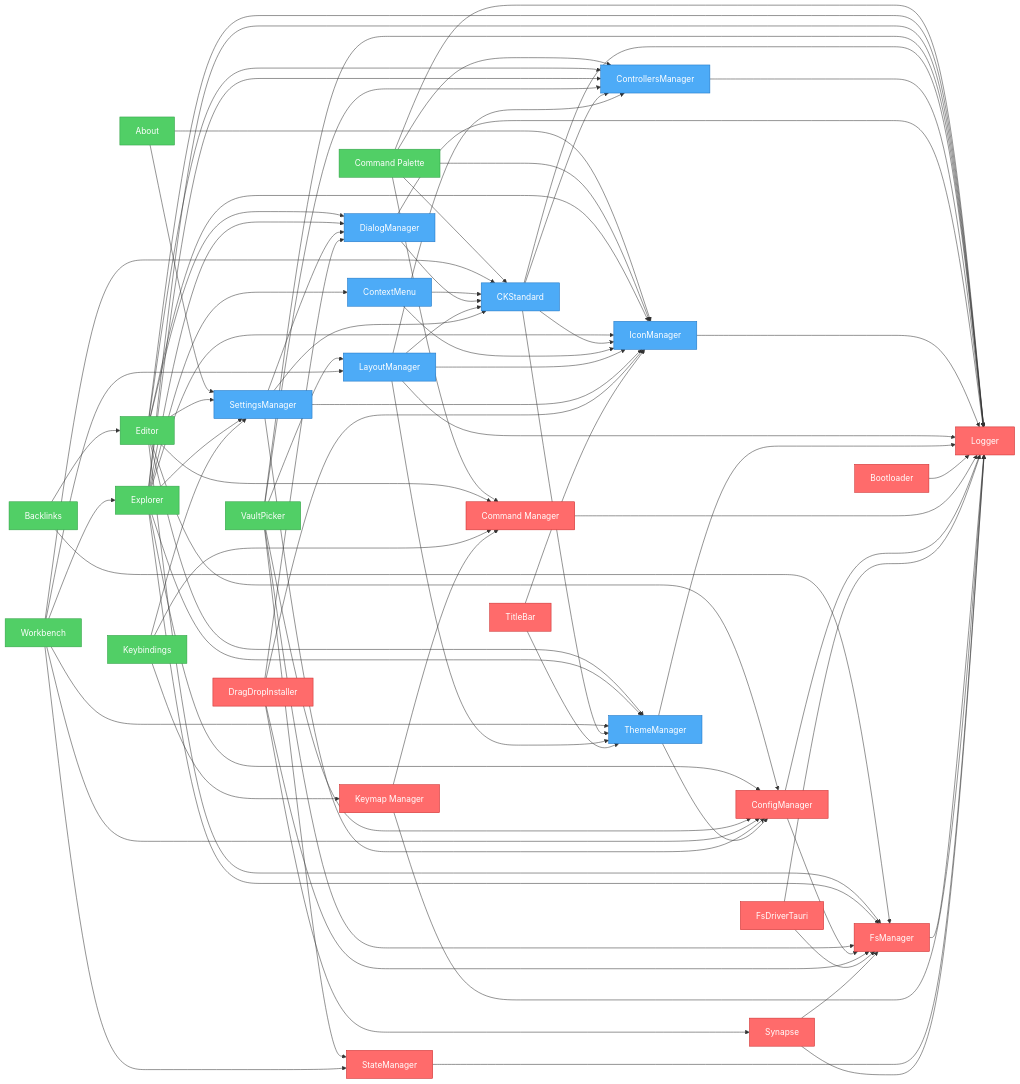
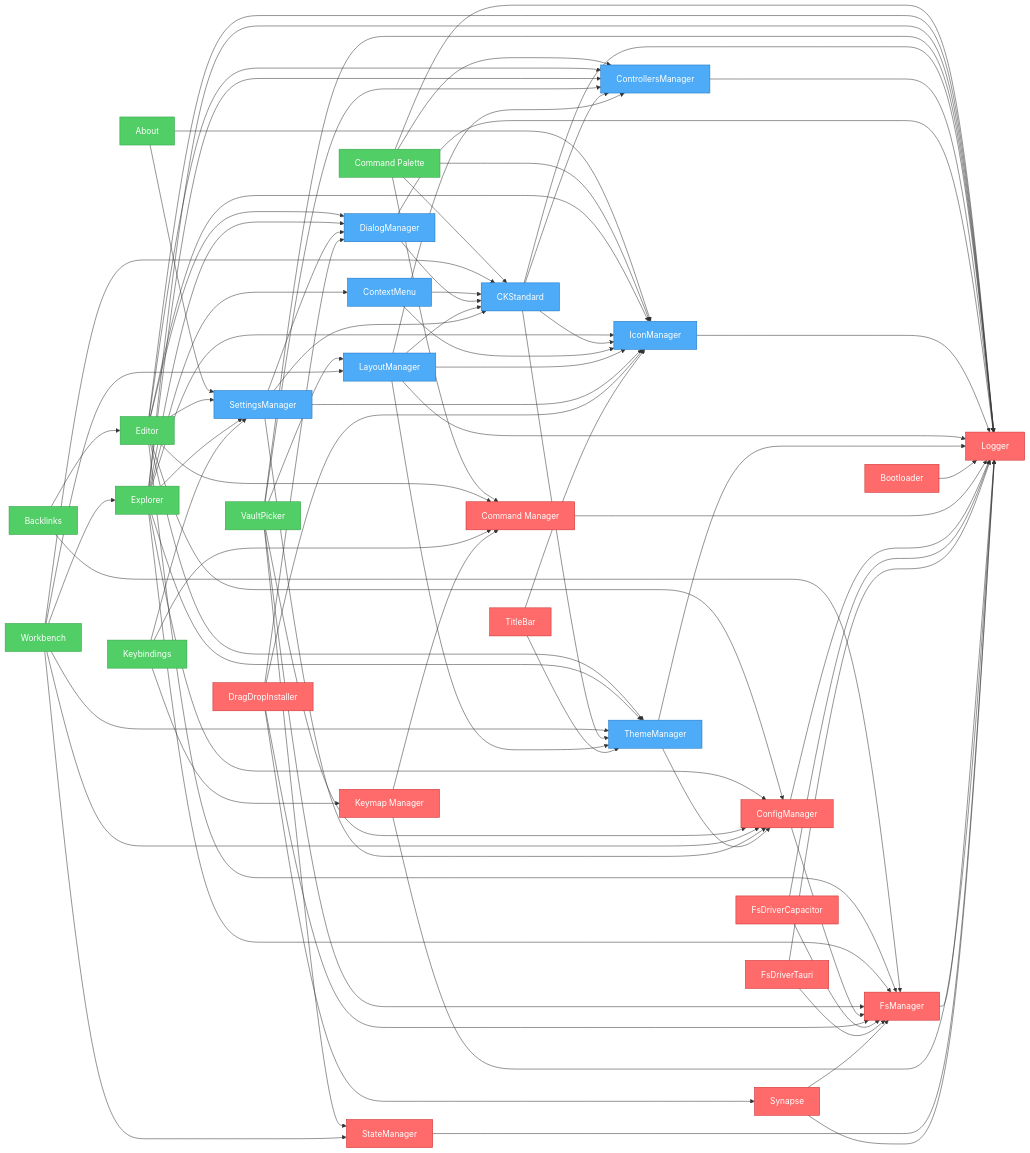
Before and after one commit to khton-tech/notehub.md: the diagram in artifacts/graph.mmd, drawn with Mermaid. The commit also changed 119 other files, not shown here.

```diff
--- a/artifacts/graph.mmd
+++ b/artifacts/graph.mmd
@@ -1,118 +1,121 @@
 flowchart LR
     nh_features_about["About"]
     nh_features_backlinks["Backlinks"]
     nh_features_command-palette["Command Palette"]
     nh_features_editor["Editor"]
     nh_features_explorer["Explorer"]
     nh_features_keybindings["Keybindings"]
     nh_features_vault-picker["VaultPicker"]
     nh_features_workbench["Workbench"]
     nh_ui_ck-standard["CKStandard"]
     nh_ui_context-menu["ContextMenu"]
     nh_ui_controllers-manager["ControllersManager"]
     nh_ui_dialog-manager["DialogManager"]
     nh_ui_icon-manager["IconManager"]
     nh_ui_layout-manager["LayoutManager"]
     nh_ui_settings-manager["SettingsManager"]
     nh_ui_theme-manager["ThemeManager"]
     nh_system_bootloader["Bootloader"]
     nh_system_command-manager["Command Manager"]
     nh_system_config-manager["ConfigManager"]
     nh_system_drag-drop["DragDropInstaller"]
+    nh_system_fs-driver-capacitor["FsDriverCapacitor"]
     nh_system_fs-driver-tauri["FsDriverTauri"]
     nh_system_fs-manager["FsManager"]
     nh_system_keymap["Keymap Manager"]
     nh_system_logger["Logger"]
     nh_system_state-manager["StateManager"]
     nh_system_synapse["Synapse"]
     nh_system_titlebar["TitleBar"]
     nh_features_about --> nh_ui_settings-manager
     nh_features_about --> nh_ui_icon-manager
     nh_features_backlinks --> nh_features_editor
     nh_features_backlinks --> nh_system_fs-manager
     nh_features_command-palette --> nh_system_command-manager
     nh_features_command-palette --> nh_system_logger
     nh_features_command-palette --> nh_ui_controllers-manager
     nh_features_command-palette --> nh_ui_ck-standard
     nh_features_command-palette --> nh_ui_icon-manager
     nh_features_editor --> nh_system_config-manager
     nh_features_editor --> nh_system_command-manager
     nh_features_editor --> nh_ui_settings-manager
     nh_features_editor --> nh_system_fs-manager
     nh_features_editor --> nh_system_logger
     nh_features_editor --> nh_ui_controllers-manager
     nh_features_editor --> nh_ui_dialog-manager
     nh_features_editor --> nh_ui_icon-manager
     nh_features_editor --> nh_ui_theme-manager
     nh_features_explorer --> nh_system_config-manager
     nh_features_explorer --> nh_ui_settings-manager
     nh_features_explorer --> nh_system_fs-manager
     nh_features_explorer --> nh_system_logger
     nh_features_explorer --> nh_ui_controllers-manager
     nh_features_explorer --> nh_ui_icon-manager
     nh_features_explorer --> nh_ui_theme-manager
     nh_features_explorer --> nh_ui_context-menu
     nh_features_explorer --> nh_ui_dialog-manager
     nh_features_keybindings --> nh_ui_settings-manager
     nh_features_keybindings --> nh_system_command-manager
     nh_features_keybindings --> nh_system_keymap
     nh_features_vault-picker --> nh_system_fs-manager
     nh_features_vault-picker --> nh_system_config-manager
     nh_features_vault-picker --> nh_system_state-manager
     nh_features_vault-picker --> nh_system_logger
     nh_features_vault-picker --> nh_ui_controllers-manager
     nh_features_vault-picker --> nh_ui_layout-manager
     nh_features_workbench --> nh_system_config-manager
     nh_features_workbench --> nh_ui_layout-manager
     nh_features_workbench --> nh_ui_theme-manager
     nh_features_workbench --> nh_ui_ck-standard
     nh_features_workbench --> nh_system_state-manager
     nh_features_workbench --> nh_features_explorer
     nh_ui_ck-standard --> nh_system_logger
     nh_ui_ck-standard --> nh_ui_controllers-manager
     nh_ui_ck-standard --> nh_ui_icon-manager
     nh_ui_ck-standard --> nh_ui_theme-manager
     nh_ui_context-menu --> nh_ui_icon-manager
     nh_ui_context-menu --> nh_ui_ck-standard
     nh_ui_controllers-manager --> nh_system_logger
     nh_ui_dialog-manager --> nh_system_logger
     nh_ui_dialog-manager --> nh_ui_ck-standard
     nh_ui_icon-manager --> nh_system_logger
     nh_ui_layout-manager --> nh_system_logger
     nh_ui_layout-manager --> nh_ui_theme-manager
     nh_ui_layout-manager --> nh_ui_icon-manager
     nh_ui_layout-manager --> nh_ui_controllers-manager
     nh_ui_layout-manager --> nh_ui_ck-standard
     nh_ui_settings-manager --> nh_system_config-manager
     nh_ui_settings-manager --> nh_ui_ck-standard
     nh_ui_settings-manager --> nh_ui_icon-manager
     nh_ui_settings-manager --> nh_ui_dialog-manager
     nh_ui_theme-manager --> nh_system_logger
     nh_ui_theme-manager --> nh_system_config-manager
     nh_system_bootloader --> nh_system_logger
     nh_system_command-manager --> nh_system_logger
     nh_system_config-manager --> nh_system_logger
     nh_system_config-manager --> nh_system_fs-manager
     nh_system_drag-drop --> nh_ui_icon-manager
     nh_system_drag-drop --> nh_ui_dialog-manager
     nh_system_drag-drop --> nh_system_fs-manager
     nh_system_drag-drop --> nh_system_synapse
+    nh_system_fs-driver-capacitor --> nh_system_logger
+    nh_system_fs-driver-capacitor --> nh_system_fs-manager
     nh_system_fs-driver-tauri --> nh_system_logger
     nh_system_fs-driver-tauri --> nh_system_fs-manager
     nh_system_fs-manager --> nh_system_logger
     nh_system_keymap --> nh_system_command-manager
     nh_system_keymap --> nh_system_logger
     nh_system_state-manager --> nh_system_logger
     nh_system_synapse --> nh_system_fs-manager
     nh_system_synapse --> nh_system_logger
     nh_system_titlebar --> nh_ui_icon-manager
     nh_system_titlebar --> nh_ui_theme-manager
 
     %% Styles
     classDef system fill:#ff6b6b,stroke:#c92a2a,color:#fff
     classDef ui fill:#4dabf7,stroke:#1971c2,color:#fff
     classDef feature fill:#51cf66,stroke:#2f9e44,color:#fff
     class nh_features_about,nh_features_backlinks,nh_features_keybindings,nh_features_vault-picker feature
     class nh_features_command-palette,nh_features_editor,nh_features_explorer,nh_features_workbench feature
     class nh_ui_ck-standard,nh_ui_context-menu,nh_ui_controllers-manager,nh_ui_dialog-manager,nh_ui_icon-manager,nh_ui_layout-manager,nh_ui_settings-manager,nh_ui_theme-manager ui
-    class nh_system_bootloader,nh_system_command-manager,nh_system_config-manager,nh_system_drag-drop,nh_system_fs-driver-tauri,nh_system_fs-manager,nh_system_keymap,nh_system_logger,nh_system_state-manager,nh_system_synapse,nh_system_titlebar system
+    class nh_system_bootloader,nh_system_command-manager,nh_system_config-manager,nh_system_drag-drop,nh_system_fs-driver-capacitor,nh_system_fs-driver-tauri,nh_system_fs-manager,nh_system_keymap,nh_system_logger,nh_system_state-manager,nh_system_synapse,nh_system_titlebar system
```
